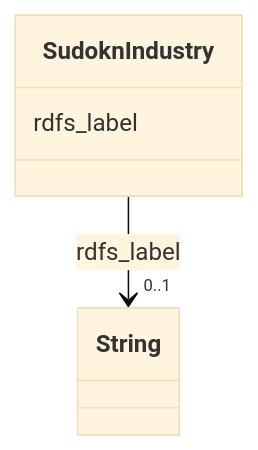
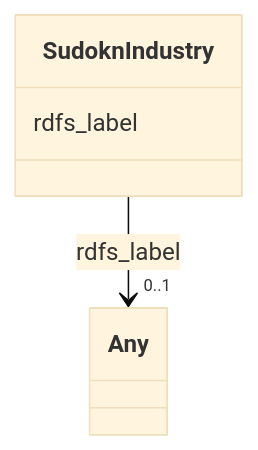
One commit to frink-okn/graph-descriptions changed the diagram in sudokn-kg/classes/SudoknIndustry.md. Above: the diagram before and after it, drawn with Mermaid (base theme). The commit also changed other lines of this file and 903 other files, not shown here.

````diff
--- a/sudokn-kg/classes/SudoknIndustry.md
+++ b/sudokn-kg/classes/SudoknIndustry.md
@@ -23,15 +18,15 @@
 ```mermaid
  classDiagram
     class SudoknIndustry
     click SudoknIndustry href "../SudoknIndustry"
       SudoknIndustry : rdfs_label
         
           
     
     
-    SudoknIndustry --> "0..1" String : rdfs_label
-    click String href "../String"
+    SudoknIndustry --> "0..1" Any : rdfs_label
+    click Any href "../Any"
 
         
       
 ```
````
